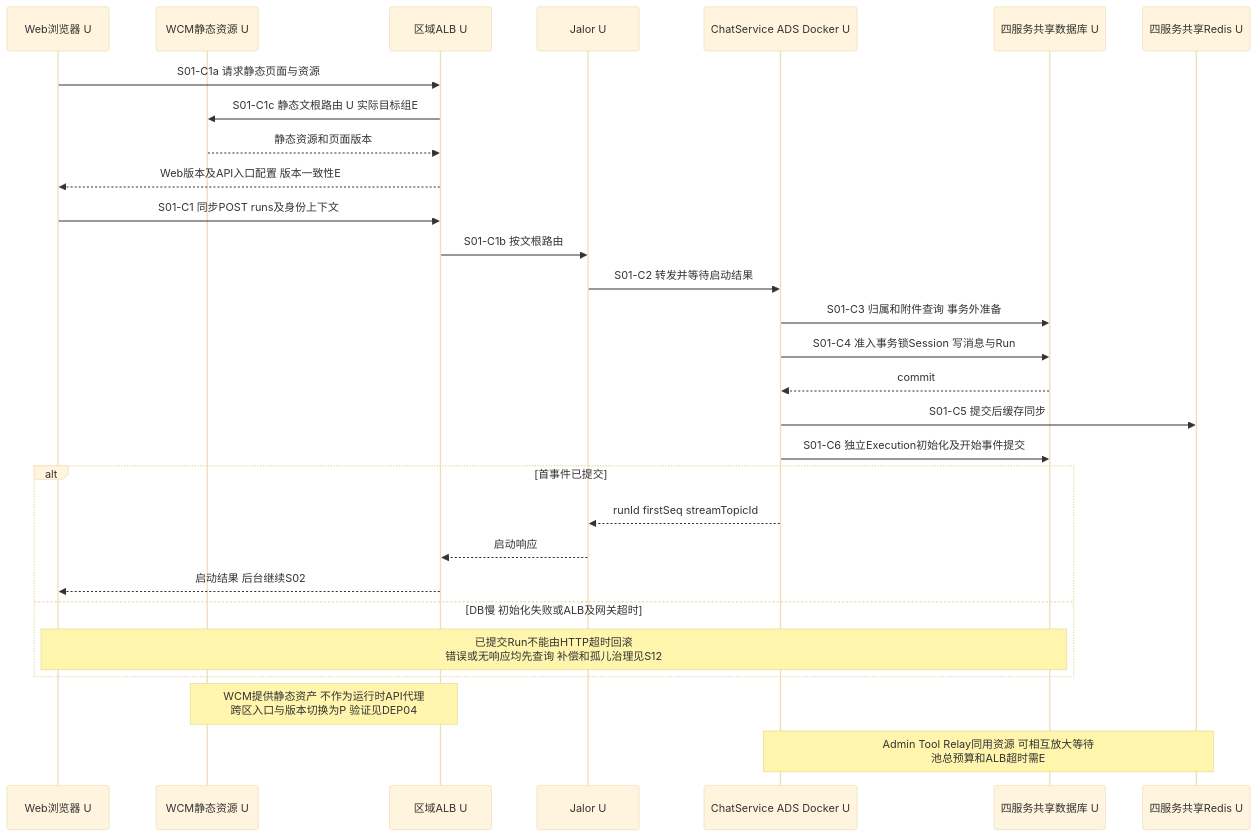
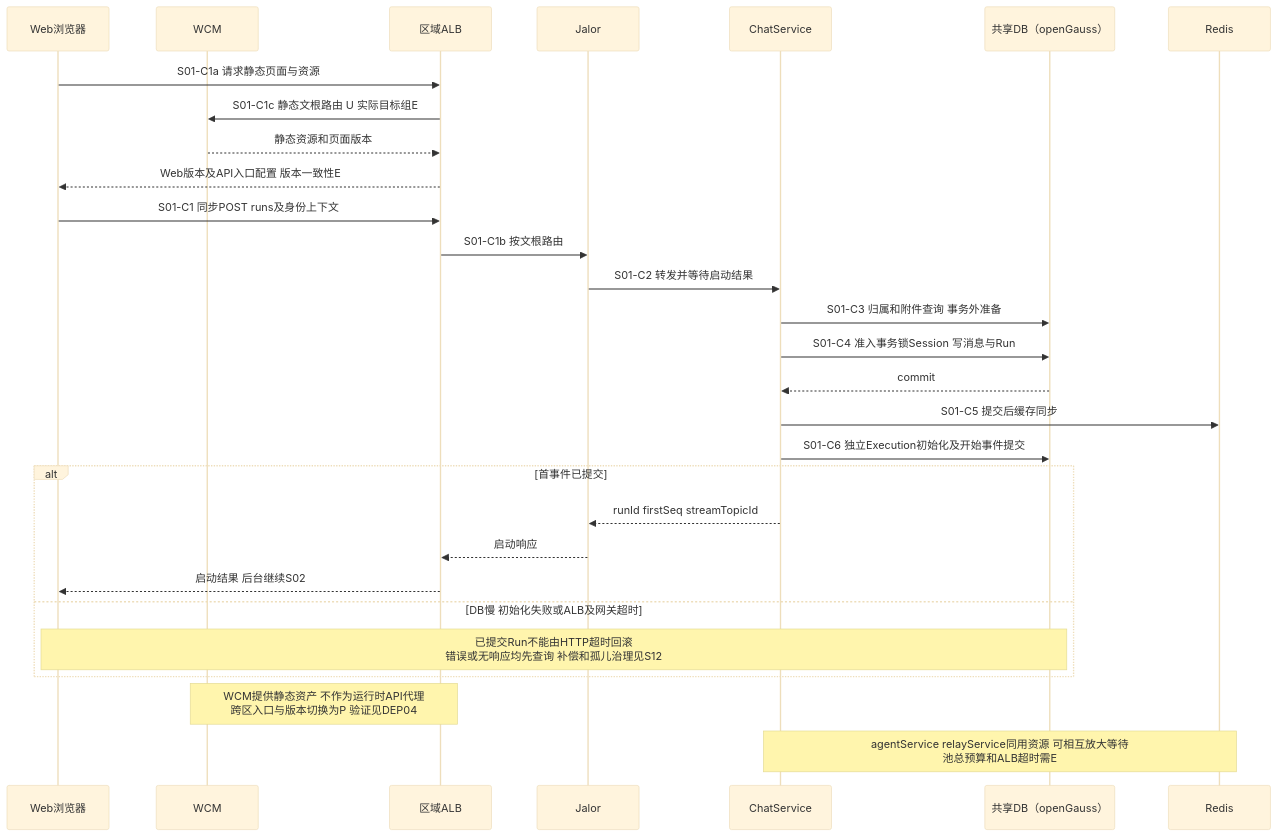
The first of 24 diagrams in docs/architecture/high-availability/scenarios.md (kunben-duck/exweb), drawn with Mermaid (base theme) before and after one commit. The commit also changed other lines of this file and 9 other files, not shown here.

Commit message:
docs: refine HA stability and agent service isolation design

````diff
--- a/docs/architecture/high-availability/scenarios.md
+++ b/docs/architecture/high-availability/scenarios.md
@@ -66,31 +118,31 @@
 ```mermaid
 sequenceDiagram
-    participant U as Web浏览器 U
-    participant WCM as WCM静态资源 U
-    participant L as 区域ALB U
-    participant G as Jalor U
-    participant C as ChatService ADS Docker U
-    participant D as 四服务共享数据库 U
-    participant R as 四服务共享Redis U
+    participant U as Web浏览器
+    participant WCM as WCM
+    participant L as 区域ALB
+    participant G as Jalor
+    participant C as ChatService
+    participant D as 共享DB（openGauss）
+    participant R as Redis
     U->>L: S01-C1a 请求静态页面与资源
     L->>WCM: S01-C1c 静态文根路由 U 实际目标组E
     WCM-->>L: 静态资源和页面版本
     L-->>U: Web版本及API入口配置 版本一致性E
     U->>L: S01-C1 同步POST runs及身份上下文
     L->>G: S01-C1b 按文根路由
     G->>C: S01-C2 转发并等待启动结果
     C->>D: S01-C3 归属和附件查询 事务外准备
     C->>D: S01-C4 准入事务锁Session 写消息与Run
     D-->>C: commit
     C->>R: S01-C5 提交后缓存同步
     C->>D: S01-C6 独立Execution初始化及开始事件提交
     alt 首事件已提交
         C-->>G: runId firstSeq streamTopicId
         G-->>L: 启动响应
         L-->>U: 启动结果 后台继续S02
     else DB慢 初始化失败或ALB及网关超时
         Note over U,D: 已提交Run不能由HTTP超时回滚<br/>错误或无响应均先查询 补偿和孤儿治理见S12
     end
     Note over WCM,L: WCM提供静态资产 不作为运行时API代理<br/>跨区入口与版本切换为P 验证见DEP04
-    Note over C,R: Admin Tool Relay同用资源 可相互放大等待<br/>池总预算和ALB超时需E
+    Note over C,R: agentService relayService同用资源 可相互放大等待<br/>池总预算和ALB超时需E
 ```
````
